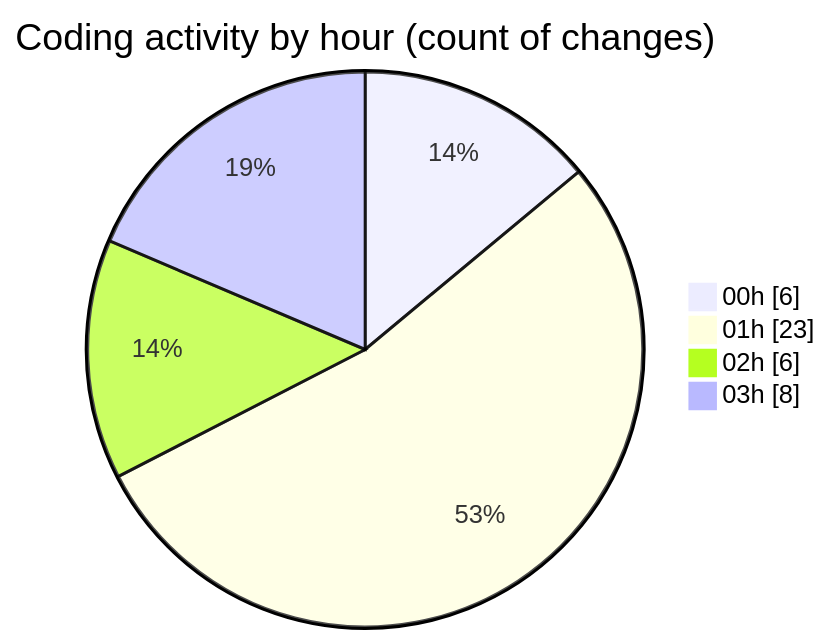
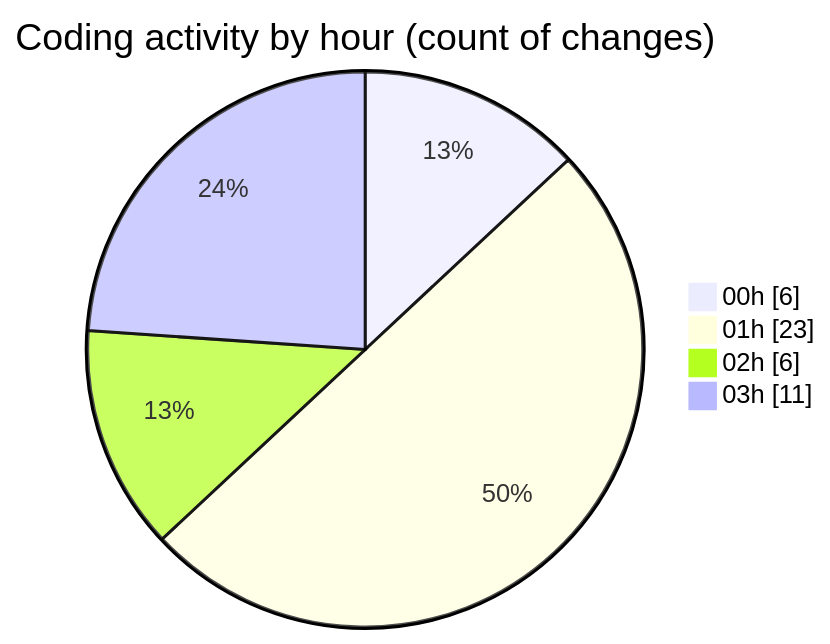
The second of 2 diagrams in 2025-07-28/refunds/README.md (EIIisD/code-tracking), drawn with Mermaid before and after one commit. The commit also changed other lines of this file and 1 other file, not shown here.

````diff
--- a/2025-07-28/refunds/README.md
+++ b/2025-07-28/refunds/README.md
@@ -36,8 +36,8 @@
 ```mermaid
 pie showData
 title Coding activity by hour (count of changes)
 "00h" : 6
 "01h" : 23
 "02h" : 6
-"03h" : 8
+"03h" : 11
 ```
````
